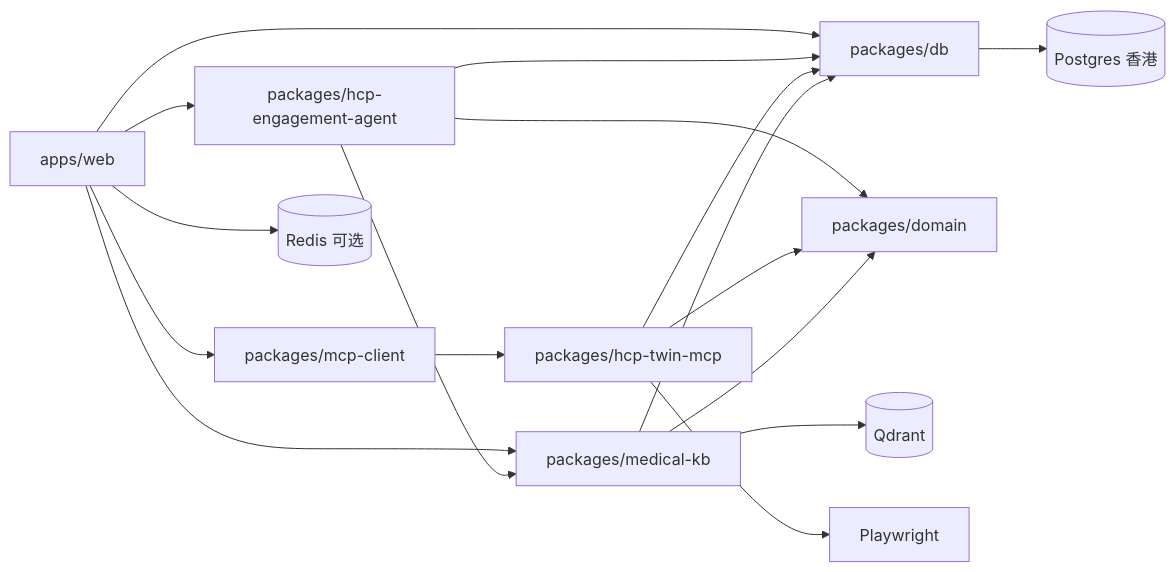
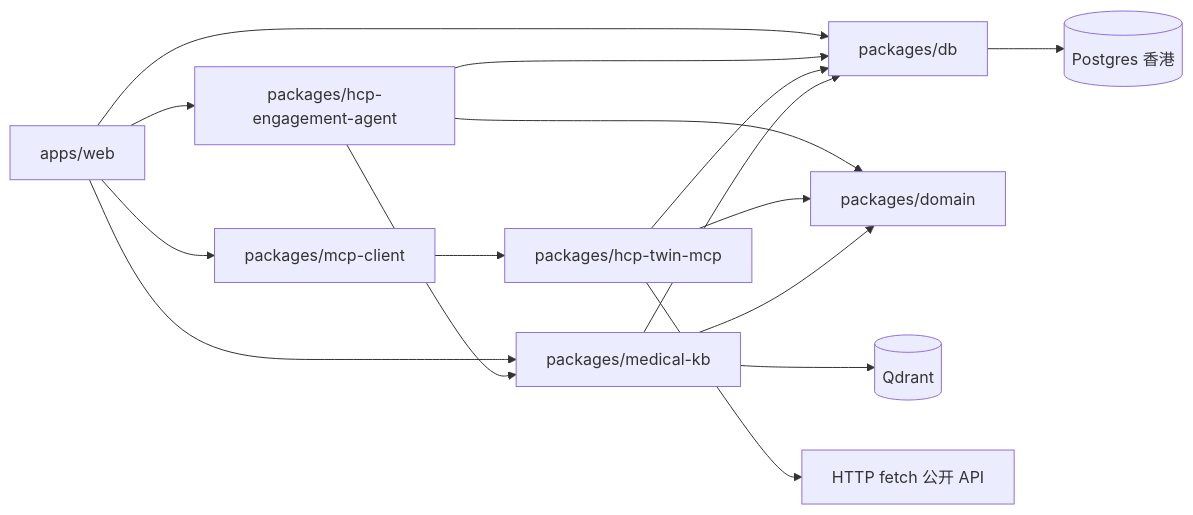
One commit to ethanhuangcst/hcp-engagement-agent changed the diagram in specs/4.install-dependencies.md. Above: the diagram before and after it, drawn with Mermaid. The commit also changed other lines of this file and 44 other files, not shown here.

First line of the commit message:
Polish MVP-4 UX and align architecture docs with the running stack.

````diff
--- a/specs/4.install-dependencies.md
+++ b/specs/4.install-dependencies.md
@@ -224,19 +212,18 @@
 ```mermaid
 flowchart LR
     Web[apps/web] --> MCPClient[packages/mcp-client]
     MCPClient --> TwinMCP[packages/hcp-twin-mcp]
     Web --> Agent[packages/hcp-engagement-agent]
     Web --> MedicalKB[packages/medical-kb]
     Web --> DB[packages/db]
     Agent --> MedicalKB
     Agent --> Domain[packages/domain]
     Agent --> DB
     TwinMCP --> Domain
     TwinMCP --> DB
     MedicalKB --> Domain
     MedicalKB --> DB
     MedicalKB --> Qdrant[(Qdrant)]
     DB --> PG[(Postgres 香港)]
-    Web --> Redis[(Redis 可选)]
-    TwinMCP --> Playwright[Playwright]
+    TwinMCP --> HttpFetch[HTTP fetch 公开 API]
 ```
````
